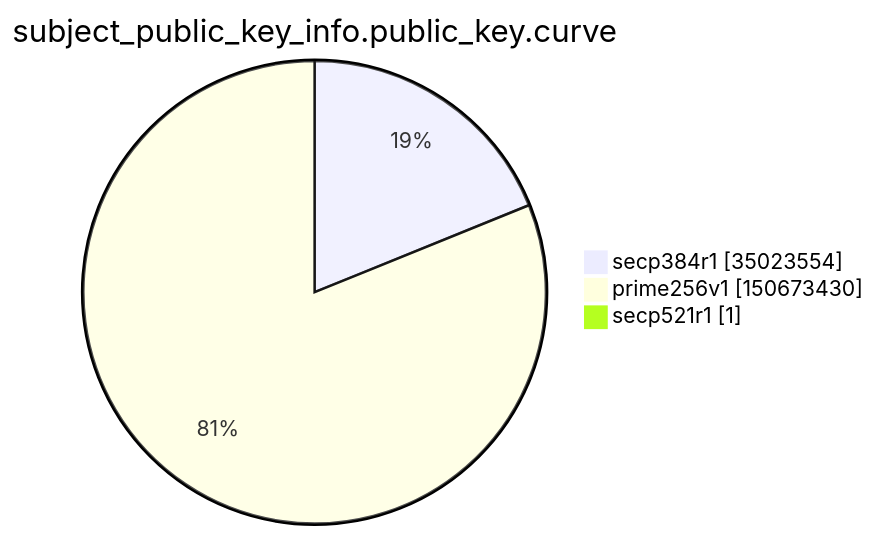
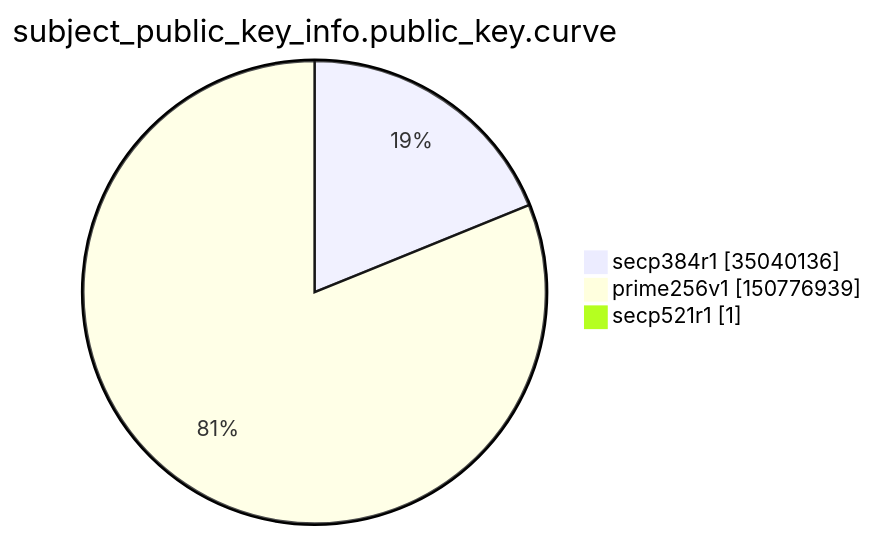
The ninth of 15 diagrams in argon2022/README.md (christiankrug/ctmonitor_visualization), drawn with Mermaid before and after one commit. The commit also changed other lines of this file, not shown here.

````diff
--- a/argon2022/README.md
+++ b/argon2022/README.md
@@ -2765,7 +2765,7 @@
 ```mermaid
 pie showData
 title subject_public_key_info.public_key.curve
-"secp384r1" :35023554
-"prime256v1" :150673430
+"secp384r1" :35040136
+"prime256v1" :150776939
 "secp521r1" :1
 ```
````
